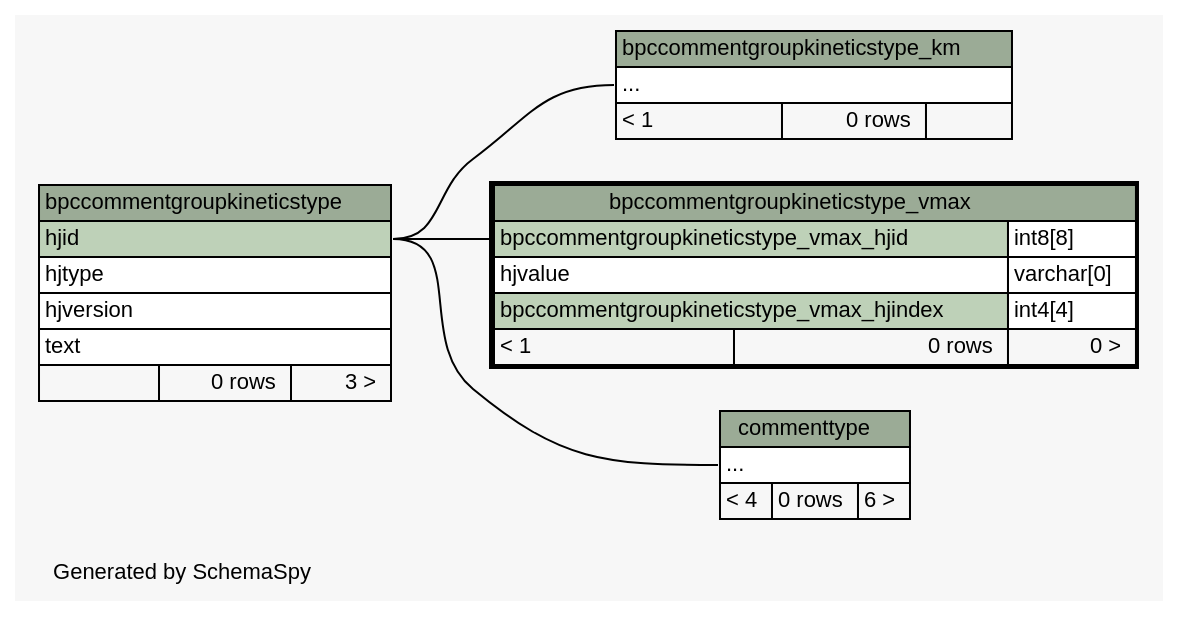
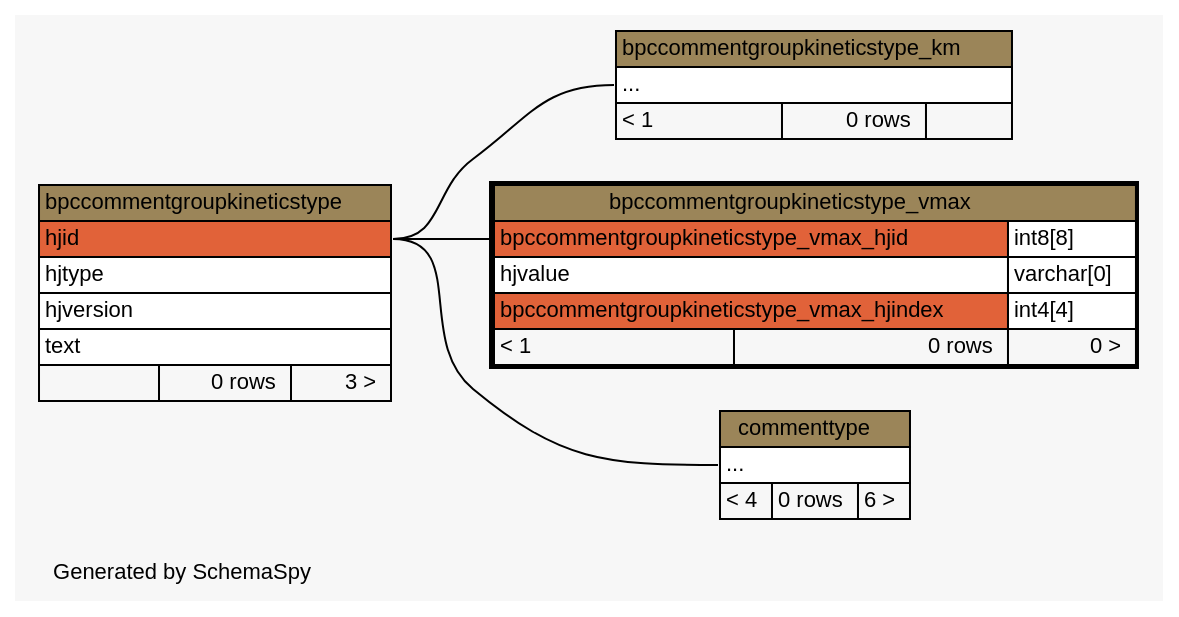
The diagram in site/docs/schemaspy/uniprotdb/diagrams/bpccommentgroupkineticstype_vmax.2degrees.dot (lmu-bioinformatics/xmlpipedb), drawn with Graphviz before and after one commit. The commit also changed 1111 other files, not shown here.

```diff
--- a/site/docs/schemaspy/uniprotdb/diagrams/bpccommentgroupkineticstype_vmax.2degrees.dot
+++ b/site/docs/schemaspy/uniprotdb/diagrams/bpccommentgroupkineticstype_vmax.2degrees.dot
@@ -1,70 +1,70 @@
 // dot 2.22.2 on Windows Vista 6.0
 // SchemaSpy rev 536
 digraph "twoDegreesRelationshipsDiagram" {
   graph [
     rankdir="RL"
     bgcolor="#f7f7f7"
     label="\nGenerated by SchemaSpy"
     labeljust="l"
     nodesep="0.18"
     ranksep="0.46"
     fontname="Helvetica"
     fontsize="11"
   ];
   node [
     fontname="Helvetica"
     fontsize="11"
     shape="plaintext"
   ];
   edge [
     arrowsize="0.8"
   ];
   "bpccommentgroupkineticstype_km":"elipses":w -> "bpccommentgroupkineticstype":"hjid":e [arrowhead=none arrowtail=crowodot];
   "bpccommentgroupkineticstype_vmax":"bpccommentgroupkineticstype_vmax_hjid":w -> "bpccommentgroupkineticstype":"hjid":e [arrowhead=none arrowtail=crowodot];
   "commenttype":"elipses":w -> "bpccommentgroupkineticstype":"hjid":e [arrowhead=none arrowtail=crowodot];
   "bpccommentgroupkineticstype" [
     label=<
     <TABLE BORDER="0" CELLBORDER="1" CELLSPACING="0" BGCOLOR="#ffffff">
-      <TR><TD COLSPAN="3" BGCOLOR="#9bab96" ALIGN="CENTER">bpccommentgroupkineticstype</TD></TR>
-      <TR><TD PORT="hjid" COLSPAN="3" BGCOLOR="#bed1b8" ALIGN="LEFT">hjid</TD></TR>
+      <TR><TD COLSPAN="3" BGCOLOR="#9b8559" ALIGN="CENTER">bpccommentgroupkineticstype</TD></TR>
+      <TR><TD PORT="hjid" COLSPAN="3" BGCOLOR="#e16239" ALIGN="LEFT">hjid</TD></TR>
       <TR><TD PORT="hjtype" COLSPAN="3" ALIGN="LEFT">hjtype</TD></TR>
       <TR><TD PORT="hjversion" COLSPAN="3" ALIGN="LEFT">hjversion</TD></TR>
       <TR><TD PORT="text" COLSPAN="3" ALIGN="LEFT">text</TD></TR>
       <TR><TD ALIGN="LEFT" BGCOLOR="#f7f7f7">  </TD><TD ALIGN="RIGHT" BGCOLOR="#f7f7f7">0 rows</TD><TD ALIGN="RIGHT" BGCOLOR="#f7f7f7">3 &gt;</TD></TR>
     </TABLE>>
     URL="bpccommentgroupkineticstype.html"
     tooltip="bpccommentgroupkineticstype"
   ];
   "bpccommentgroupkineticstype_km" [
     label=<
     <TABLE BORDER="0" CELLBORDER="1" CELLSPACING="0" BGCOLOR="#ffffff">
-      <TR><TD COLSPAN="3" BGCOLOR="#9bab96" ALIGN="CENTER">bpccommentgroupkineticstype_km</TD></TR>
+      <TR><TD COLSPAN="3" BGCOLOR="#9b8559" ALIGN="CENTER">bpccommentgroupkineticstype_km</TD></TR>
       <TR><TD PORT="elipses" COLSPAN="3" ALIGN="LEFT">...</TD></TR>
       <TR><TD ALIGN="LEFT" BGCOLOR="#f7f7f7">&lt; 1</TD><TD ALIGN="RIGHT" BGCOLOR="#f7f7f7">0 rows</TD><TD ALIGN="RIGHT" BGCOLOR="#f7f7f7">  </TD></TR>
     </TABLE>>
     URL="bpccommentgroupkineticstype_km.html"
     tooltip="bpccommentgroupkineticstype_km"
   ];
   "bpccommentgroupkineticstype_vmax" [
     label=<
     <TABLE BORDER="2" CELLBORDER="1" CELLSPACING="0" BGCOLOR="#ffffff">
-      <TR><TD COLSPAN="3" BGCOLOR="#9bab96" ALIGN="CENTER">bpccommentgroupkineticstype_vmax</TD></TR>
-      <TR><TD PORT="bpccommentgroupkineticstype_vmax_hjid" COLSPAN="2" BGCOLOR="#bed1b8" ALIGN="LEFT">bpccommentgroupkineticstype_vmax_hjid</TD><TD PORT="bpccommentgroupkineticstype_vmax_hjid.type" ALIGN="LEFT">int8[8]</TD></TR>
+      <TR><TD COLSPAN="3" BGCOLOR="#9b8559" ALIGN="CENTER">bpccommentgroupkineticstype_vmax</TD></TR>
+      <TR><TD PORT="bpccommentgroupkineticstype_vmax_hjid" COLSPAN="2" BGCOLOR="#e16239" ALIGN="LEFT">bpccommentgroupkineticstype_vmax_hjid</TD><TD PORT="bpccommentgroupkineticstype_vmax_hjid.type" ALIGN="LEFT">int8[8]</TD></TR>
       <TR><TD PORT="hjvalue" COLSPAN="2" ALIGN="LEFT">hjvalue</TD><TD PORT="hjvalue.type" ALIGN="LEFT">varchar[0]</TD></TR>
-      <TR><TD PORT="bpccommentgroupkineticstype_vmax_hjindex" COLSPAN="2" BGCOLOR="#bed1b8" ALIGN="LEFT">bpccommentgroupkineticstype_vmax_hjindex</TD><TD PORT="bpccommentgroupkineticstype_vmax_hjindex.type" ALIGN="LEFT">int4[4]</TD></TR>
+      <TR><TD PORT="bpccommentgroupkineticstype_vmax_hjindex" COLSPAN="2" BGCOLOR="#e16239" ALIGN="LEFT">bpccommentgroupkineticstype_vmax_hjindex</TD><TD PORT="bpccommentgroupkineticstype_vmax_hjindex.type" ALIGN="LEFT">int4[4]</TD></TR>
       <TR><TD ALIGN="LEFT" BGCOLOR="#f7f7f7">&lt; 1</TD><TD ALIGN="RIGHT" BGCOLOR="#f7f7f7">0 rows</TD><TD ALIGN="RIGHT" BGCOLOR="#f7f7f7">0 &gt;</TD></TR>
     </TABLE>>
     URL="bpccommentgroupkineticstype_vmax.html"
     tooltip="bpccommentgroupkineticstype_vmax"
   ];
   "commenttype" [
     label=<
     <TABLE BORDER="0" CELLBORDER="1" CELLSPACING="0" BGCOLOR="#ffffff">
-      <TR><TD COLSPAN="3" BGCOLOR="#9bab96" ALIGN="CENTER">commenttype</TD></TR>
+      <TR><TD COLSPAN="3" BGCOLOR="#9b8559" ALIGN="CENTER">commenttype</TD></TR>
       <TR><TD PORT="elipses" COLSPAN="3" ALIGN="LEFT">...</TD></TR>
       <TR><TD ALIGN="LEFT" BGCOLOR="#f7f7f7">&lt; 4</TD><TD ALIGN="RIGHT" BGCOLOR="#f7f7f7">0 rows</TD><TD ALIGN="RIGHT" BGCOLOR="#f7f7f7">6 &gt;</TD></TR>
     </TABLE>>
     URL="commenttype.html"
     tooltip="commenttype"
   ];
 }
```
